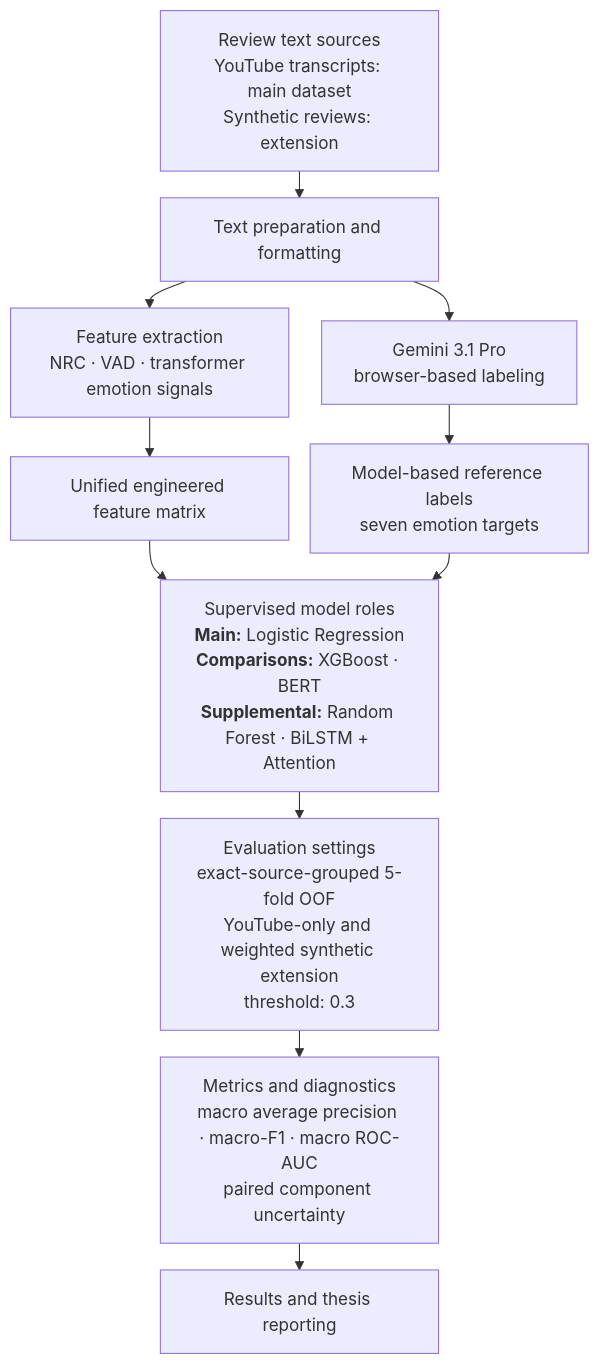
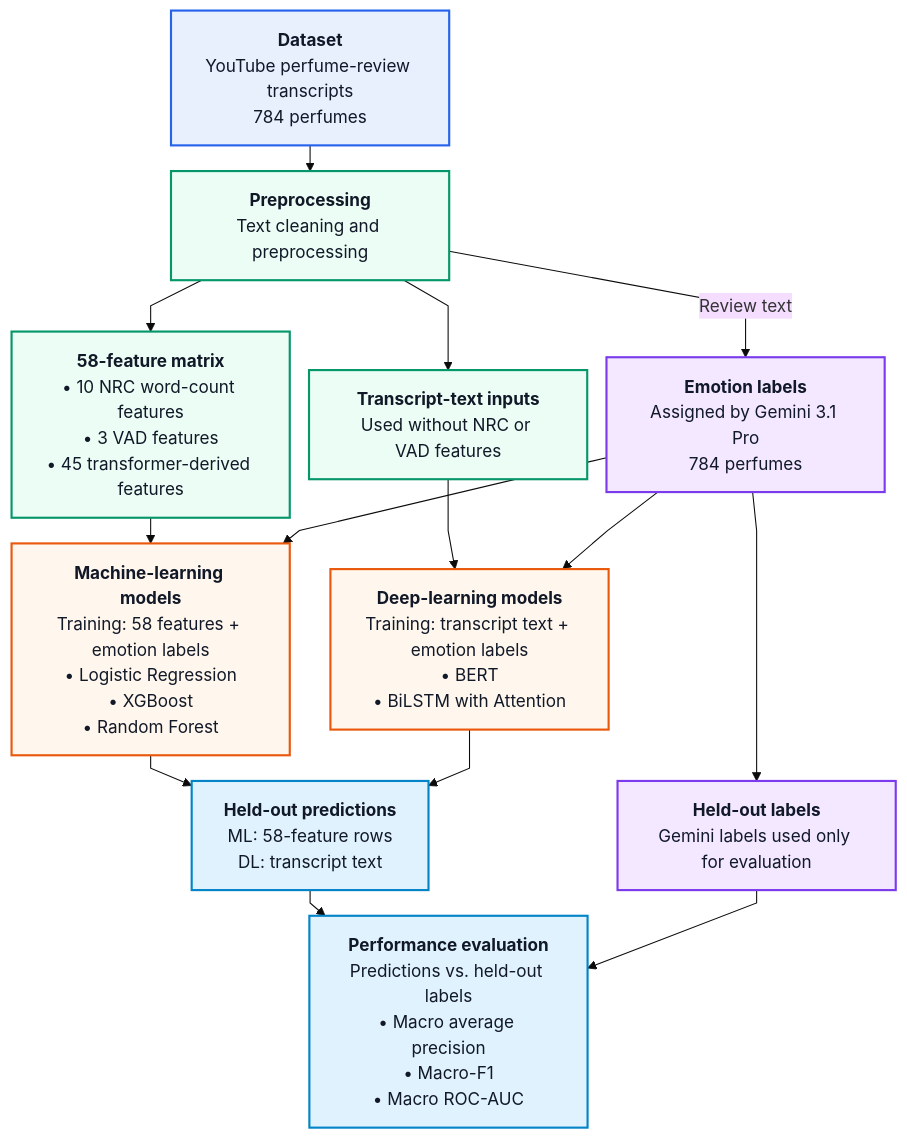
The diagram in docs/diagrams/mermaid/full_thesis_pipeline.mmd (ececanga/Sentiment-Analysis-for-Perfume-Reviews), drawn with Mermaid before and after one commit. The commit also changed 170 other files, not shown here.

Commit message:
feat(thesis): integrate five-model results and feedback

```diff
--- a/docs/diagrams/mermaid/full_thesis_pipeline.mmd
+++ b/docs/diagrams/mermaid/full_thesis_pipeline.mmd
@@ -1,27 +1,44 @@
 ---
 config:
   layout: dagre
+  theme: base
   flowchart:
-    nodeSpacing: 20
-    rankSpacing: 25
+    nodeSpacing: 18
+    rankSpacing: 24
+    curve: linear
 ---
-flowchart TD
-    A["Review text sources<br/>YouTube transcripts: main dataset<br/>Synthetic reviews: extension"]
-    B["Text preparation and formatting"]
+flowchart TB
+    A["<b>Dataset</b><br/>YouTube perfume-review transcripts<br/>784 perfumes"]
+    B["<b>Preprocessing</b><br/>Text cleaning and preprocessing"]
 
     A --> B
 
-    B --> D["Feature extraction<br/>NRC · VAD · transformer emotion signals"]
-    D --> E[Unified engineered feature matrix]
+    B --> F["<b>58-feature matrix</b><br/>• 10 NRC word-count features<br/>• 3 VAD features<br/>• 45 transformer-derived features"]
+    F --> ML["<b>Machine-learning models</b><br/>Training: 58 features + emotion labels<br/>• Logistic Regression<br/>• XGBoost<br/>• Random Forest"]
 
-    B --> F["Gemini 3.1 Pro<br/>browser-based labeling"]
-    F --> G["Model-based reference labels<br/>seven emotion targets"]
+    B --> T["<b>Transcript-text inputs</b><br/>Used without NRC or VAD features"]
+    T --> DL["<b>Deep-learning models</b><br/>Training: transcript text + emotion labels<br/>• BERT<br/>• BiLSTM with Attention"]
 
-    E --> H["Supervised model roles<br/><b>Main:</b> Logistic Regression<br/><b>Comparisons:</b> XGBoost · BERT<br/><b>Supplemental:</b> Random Forest · BiLSTM + Attention"]
-    G --> H
+    B -->|Review text| G["<b>Emotion labels</b><br/>Assigned by Gemini 3.1 Pro<br/>784 perfumes"]
+    G --> ML
+    G --> DL
 
-    H --> I["Evaluation settings<br/>exact-source-grouped 5-fold OOF<br/>YouTube-only and weighted synthetic extension<br/>threshold: 0.3"]
+    ML --> P["<b>Held-out predictions</b><br/>ML: 58-feature rows<br/>DL: transcript text"]
+    DL --> P
 
-    I --> J["Metrics and diagnostics<br/>macro average precision · macro-F1 · macro ROC-AUC<br/>paired component uncertainty"]
+    G --> H["<b>Held-out labels</b><br/>Gemini labels used only for evaluation"]
 
-    J --> K[Results and thesis reporting]
+    P --> E["<b>Performance evaluation</b><br/>Predictions vs. held-out labels<br/>• Macro average precision<br/>• Macro-F1<br/>• Macro ROC-AUC"]
+    H --> E
+
+    classDef source fill:#E8F0FE,stroke:#2563EB,stroke-width:2px,color:#111827;
+    classDef process fill:#ECFDF5,stroke:#059669,stroke-width:2px,color:#111827;
+    classDef labels fill:#F3E8FF,stroke:#7C3AED,stroke-width:2px,color:#111827;
+    classDef model fill:#FFF7ED,stroke:#EA580C,stroke-width:2px,color:#111827;
+    classDef evaluation fill:#E0F2FE,stroke:#0284C7,stroke-width:2px,color:#111827;
+
+    class A source;
+    class B,F,T process;
+    class G,H labels;
+    class ML,DL model;
+    class P,E evaluation;
```
